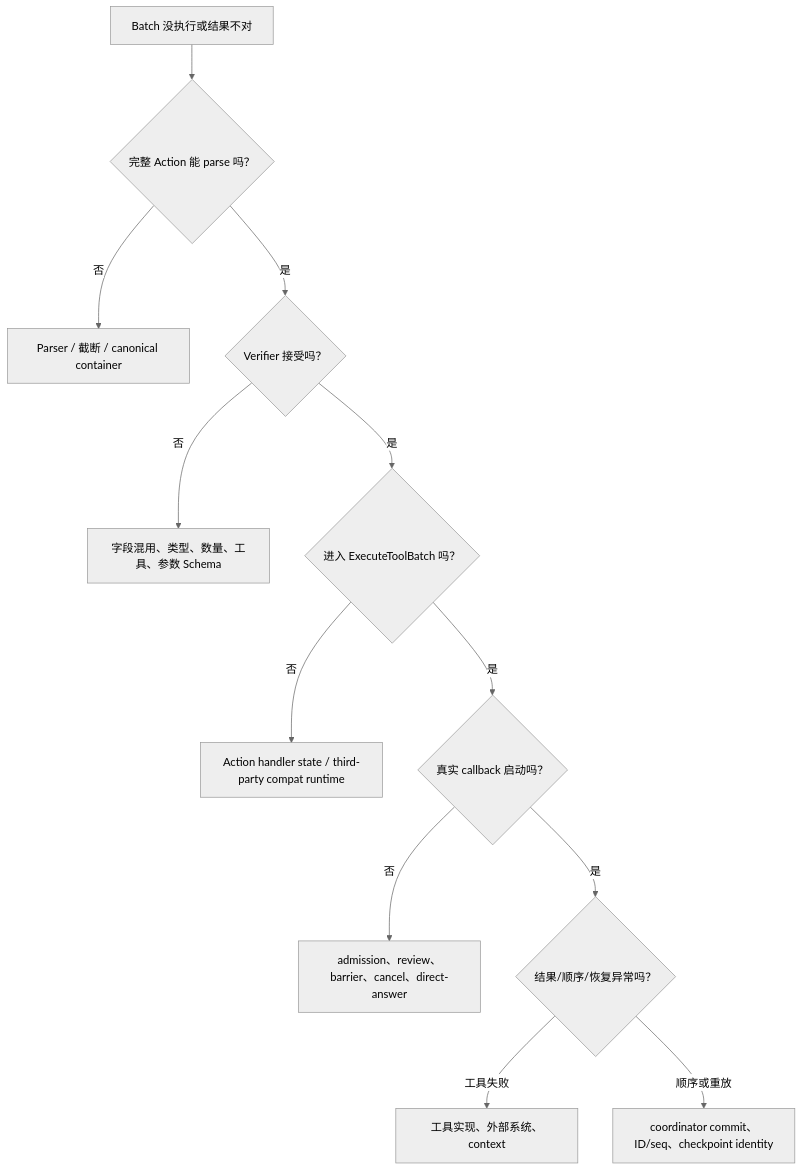
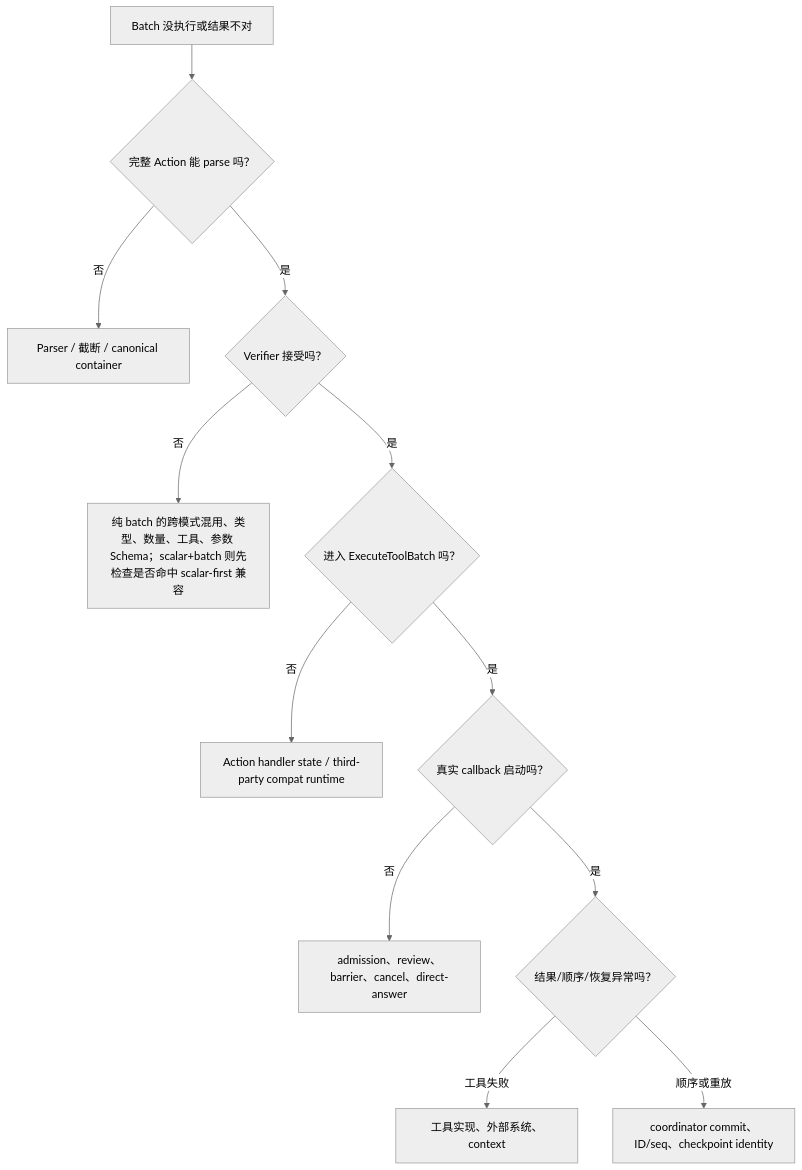
The fifth of 5 diagrams in common/ai/aid/aireact/reactloops/docs/19-parallel-tool-call-actions.md (yaklang/yaklang), drawn with Mermaid (neutral theme) before and after one commit. The commit also changed other lines of this file and 52 other files, not shown here.

````diff
--- a/common/ai/aid/aireact/reactloops/docs/19-parallel-tool-call-actions.md
+++ b/common/ai/aid/aireact/reactloops/docs/19-parallel-tool-call-actions.md
@@ -2317,14 +2390,14 @@
 ```mermaid
 flowchart TD
     A["Batch 没执行或结果不对"] --> B{"完整 Action 能 parse 吗？"}
     B -->|否| P["Parser / 截断 / canonical container"]
     B -->|是| C{"Verifier 接受吗？"}
-    C -->|否| V["字段混用、类型、数量、工具、参数 Schema"]
+    C -->|否| V["纯 batch 的跨模式混用、类型、数量、工具、参数 Schema；scalar+batch 则先检查是否命中 scalar-first 兼容"]
     C -->|是| D{"进入 ExecuteToolBatch 吗？"}
     D -->|否| H["Action handler state / third-party compat runtime"]
     D -->|是| E{"真实 callback 启动吗？"}
     E -->|否| G["admission、review、barrier、cancel、direct-answer"]
     E -->|是| F{"结果/顺序/恢复异常吗？"}
     F -->|工具失败| T["工具实现、外部系统、context"]
     F -->|顺序或重放| R["coordinator commit、ID/seq、checkpoint identity"]
 ```
````
